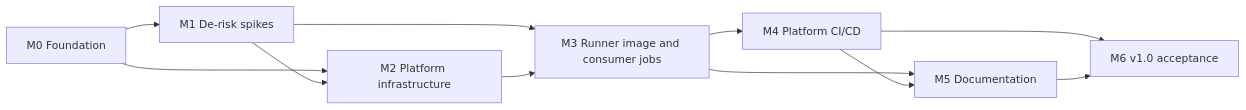
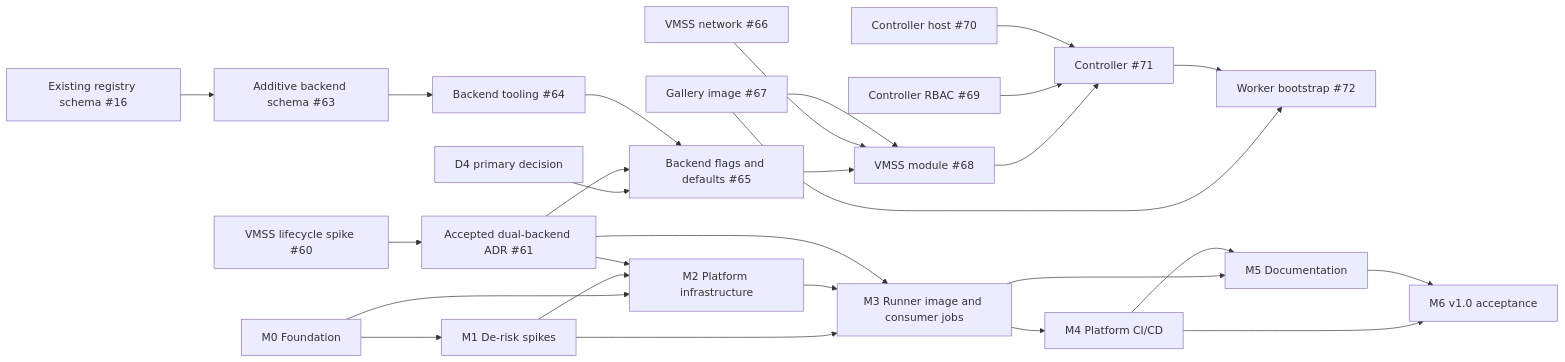
Before and after one commit to jonathan-vella/azure-gh-runners: the diagram in docs/roadmap.md, drawn with Mermaid. The commit also changed other lines of this file and 1 other file, not shown here.

First line of the commit message:
docs: plan dual ACA and VMSS Flex backends (#76)

````diff
--- a/docs/roadmap.md
+++ b/docs/roadmap.md
@@ -6,13 +7,29 @@
 ```mermaid
 graph LR
   M0[M0 Foundation] --> M1[M1 De-risk spikes]
   M0 --> M2[M2 Platform infrastructure]
   M1 --> M2
   M1 --> M3[M3 Runner image and consumer jobs]
   M2 --> M3
+  S60[VMSS lifecycle spike #60] --> A61[Accepted dual-backend ADR #61]
+  A61 --> M3
+  A61 --> M2
+  S16[Existing registry schema #16] --> N63[Additive backend schema #63]
+  N63 --> T64[Backend tooling #64]
+  D4[D4 primary decision] --> F65[Backend flags and defaults #65]
+  A61 --> F65
+  T64 --> F65
+  F65 --> V68[VMSS module #68]
+  N66[VMSS network #66] --> V68
+  I67[Gallery image #67] --> V68
+  V68 --> C71[Controller #71]
+  RB69[Controller RBAC #69] --> C71
+  H70[Controller host #70] --> C71
+  I67 --> W72[Worker bootstrap #72]
+  C71 --> W72
   M3 --> M4[M4 Platform CI/CD]
   M3 --> M5[M5 Documentation]
   M4 --> M5
   M4 --> M6[M6 v1.0 acceptance]
   M5 --> M6
 ```
````
